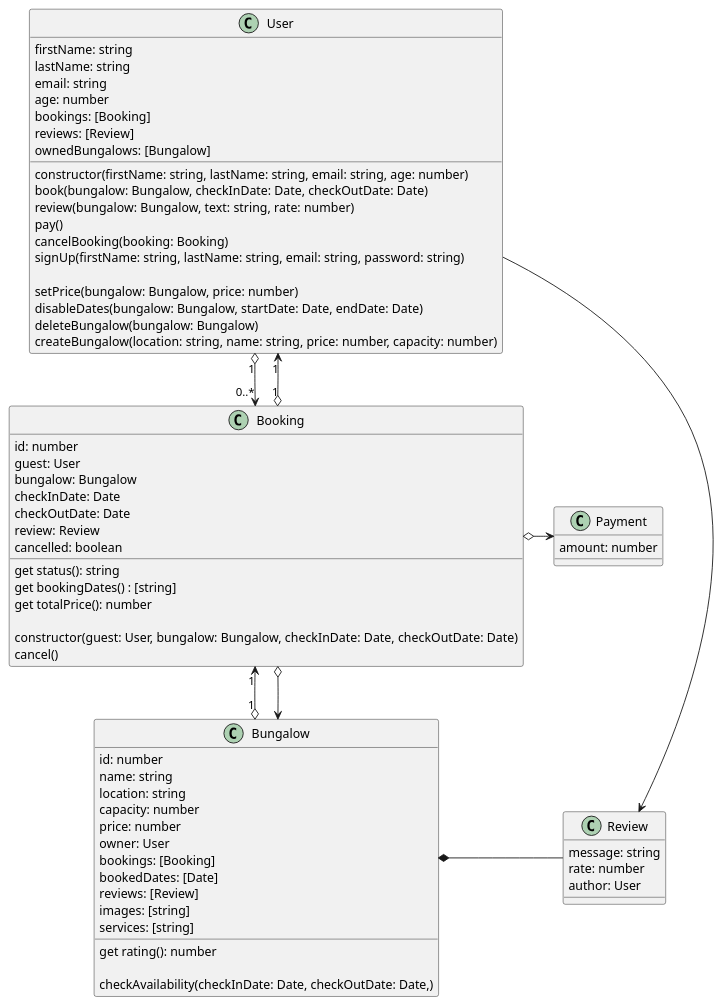
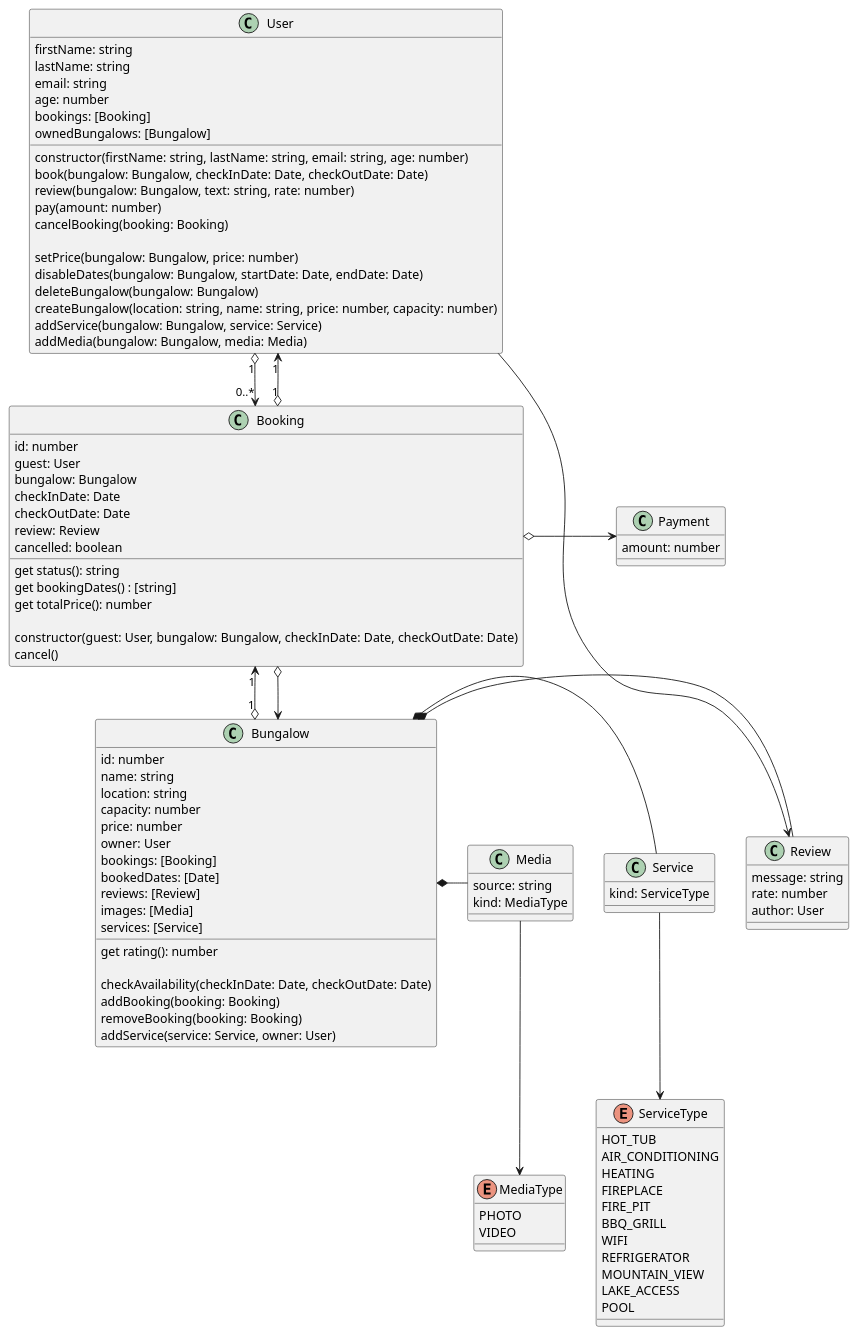
The diagram in architecture/class.puml (nsdumanlife/booking-app-express), drawn with PlantUML before and after one commit.

Commit message:
Edit class uml

```diff
--- a/architecture/class.puml
+++ b/architecture/class.puml
@@ -1,76 +1,109 @@
 @startuml Bungalow Booking Class Diagram
 class User{
     firstName: string
     lastName: string
     email: string
     age: number
     bookings: [Booking]
-    reviews: [Review]
     ownedBungalows: [Bungalow]
 
     constructor(firstName: string, lastName: string, email: string, age: number)
     book(bungalow: Bungalow, checkInDate: Date, checkOutDate: Date)
     review(bungalow: Bungalow, text: string, rate: number)
-    pay()
+    pay(amount: number)
     cancelBooking(booking: Booking)
-    signUp(firstName: string, lastName: string, email: string, password: string)
 
     setPrice(bungalow: Bungalow, price: number)
     disableDates(bungalow: Bungalow, startDate: Date, endDate: Date)
     deleteBungalow(bungalow: Bungalow)
     createBungalow(location: string, name: string, price: number, capacity: number)
+    addService(bungalow: Bungalow, service: Service)
+    addMedia(bungalow: Bungalow, media: Media)
 }
 
 class Bungalow{
     id: number
     name: string
     location: string
     capacity: number
     price: number
     owner: User
     bookings: [Booking]
     bookedDates: [Date]
     reviews: [Review]
-    images: [string]
-    services: [string]
+    images: [Media]
+    services: [Service]
     get rating(): number
 
-    checkAvailability(checkInDate: Date, checkOutDate: Date,)
+    checkAvailability(checkInDate: Date, checkOutDate: Date)
+    addBooking(booking: Booking)
+    removeBooking(booking: Booking)
+    addService(service: Service, owner: User)
 
 }
 
 class Booking{
     id: number
     guest: User
     bungalow: Bungalow
     checkInDate: Date
     checkOutDate: Date
     review: Review
     cancelled: boolean
     get status(): string
     get bookingDates() : [string]
     get totalPrice(): number
 
     constructor(guest: User, bungalow: Bungalow, checkInDate: Date, checkOutDate: Date)
     cancel()
 }
 
 class Review {
     message: string
     rate: number
     author: User
 }
+class Service{
+    kind: ServiceType
+}
+enum ServiceType{
+    HOT_TUB
+    AIR_CONDITIONING
+    HEATING
+    FIREPLACE
+    FIRE_PIT
+    BBQ_GRILL
+    WIFI
+    REFRIGERATOR
+    MOUNTAIN_VIEW
+    LAKE_ACCESS
+    POOL
+}
+
+class Media {
+    source: string
+    kind: MediaType
+}
+
+enum MediaType {
+    PHOTO
+    VIDEO
+}
 
 class Payment{
     amount: number
 }
 
 Bungalow *- Review
+Bungalow *- Service
+Service --> ServiceType
+Bungalow *- Media
+Media --> MediaType
 User --> Review
 User "1" o-->"0..*" Booking
 Booking "1" o-->"1" User
 Booking "1" <--o "1" Bungalow
 Booking o--> Bungalow
 Booking o-> Payment
 
 @enduml
```
